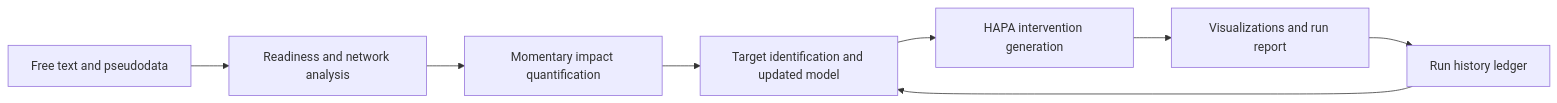
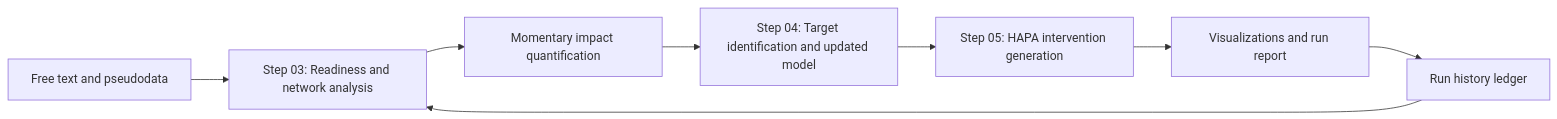
One commit to stvsever/ThesisMaster changed the diagram in README.md. Above: the diagram before and after it, drawn with Mermaid. The commit also changed other lines of this file and 49 other files, not shown here.

Commit message:
refactor(agentic): move shared runtime/prompts to src/utils and update iterative flow docs

````diff
--- a/README.md
+++ b/README.md
@@ -73,10 +75,10 @@
 ```mermaid
 flowchart LR
-    A["Free text and pseudodata"] --> B["Readiness and network analysis"]
+    A["Free text and pseudodata"] --> B["Step 03: Readiness and network analysis"]
     B --> C["Momentary impact quantification"]
-    C --> D["Target identification and updated model"]
-    D --> E["HAPA intervention generation"]
+    C --> D["Step 04: Target identification and updated model"]
+    D --> E["Step 05: HAPA intervention generation"]
     E --> F["Visualizations and run report"]
     F --> G["Run history ledger"]
-    G --> D
+    G --> B
 ```
````
